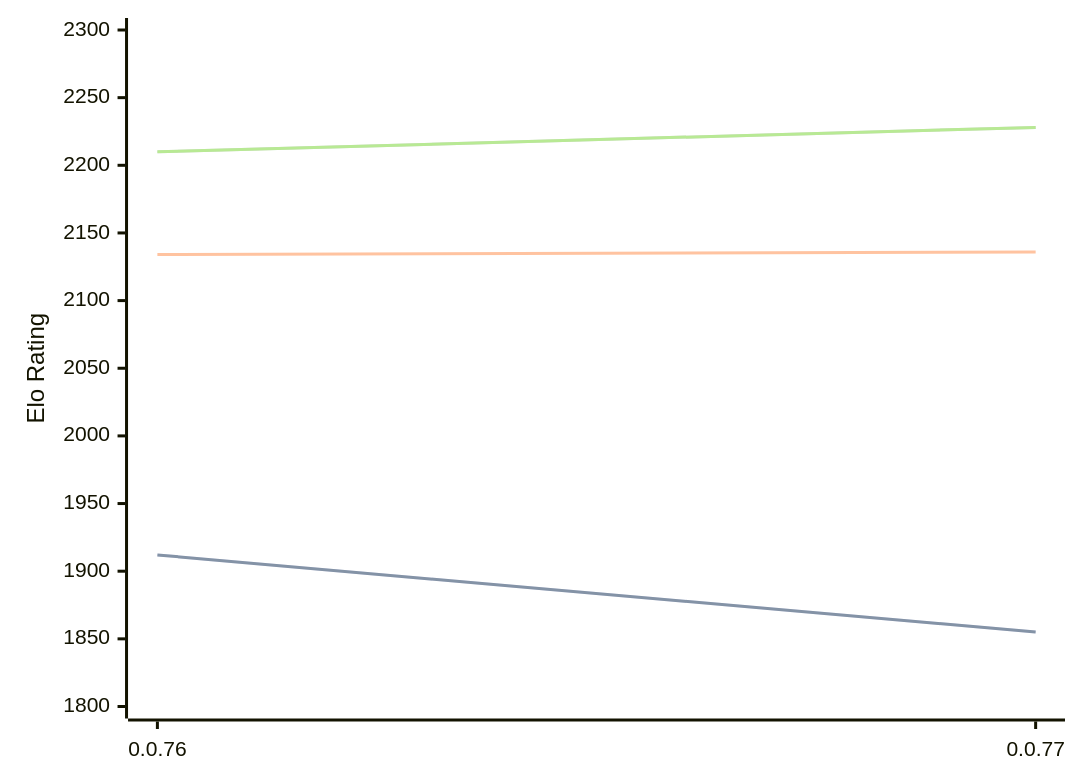
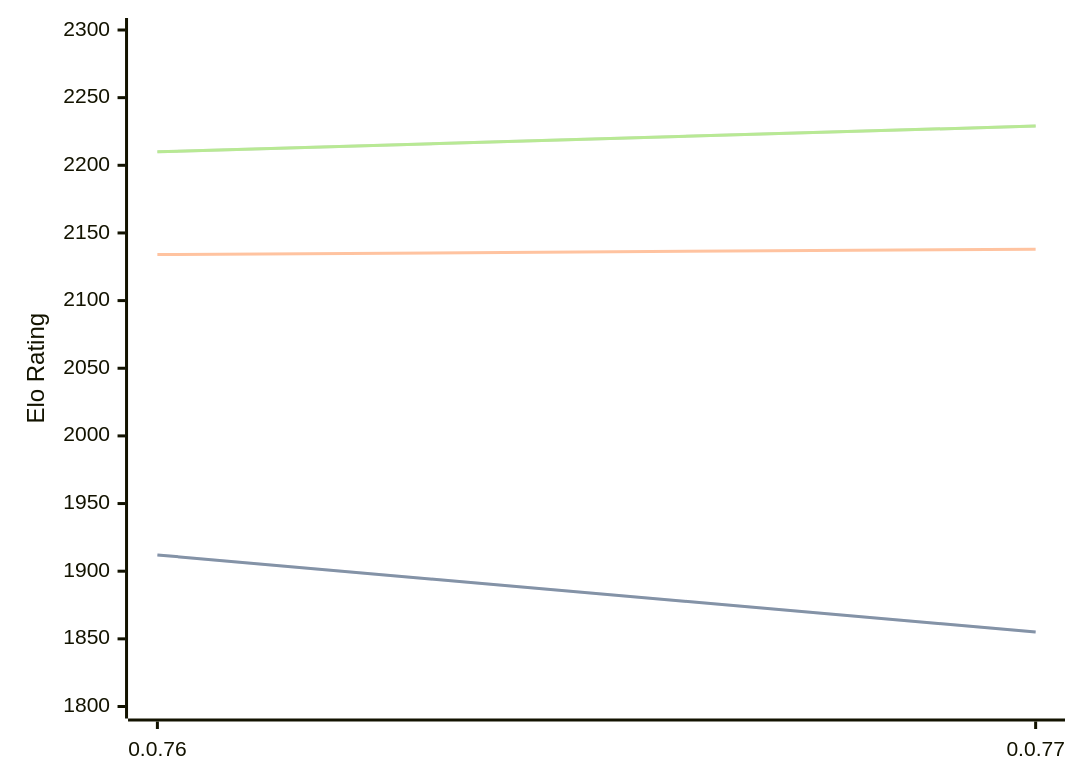
One commit to computer-chess-index/cci changed the diagram in engines/Fktb.md. Above: the diagram before and after it, drawn with Mermaid. The commit also changed other lines of this file, not shown here.

Commit message:
Update CCI Ratings (ELO VLTC) - 2026-08-25

````diff
--- a/engines/Fktb.md
+++ b/engines/Fktb.md
@@ -32,11 +32,11 @@
 ```mermaid
 %%{init: {"theme":"base","themeVariables":{"seriesColors:['#a3a3a3','#222221','#faa371']}}}%%
 xychart-beta
   x-axis ["0.0.76", "0.0.77"]
   y-axis "Elo Rating" 1800 --> 2300
   line "STC (8.0+0.08s)" [1912, 1855]
   line "STC (8.0+0.08s)" [1912, 1855]
-  line "LTC (60.0+0.60s)" [2134, 2136]
-  line "VLTC (2m24s+1.12s)" [2210, 2228]
-  line "VLTC (2m24s+1.12s)" [2210, 2228]
+  line "LTC (60.0+0.60s)" [2134, 2138]
+  line "VLTC (2m24s+1.12s)" [2210, 2229]
+  line "VLTC (2m24s+1.12s)" [2210, 2229]
 ```
````
